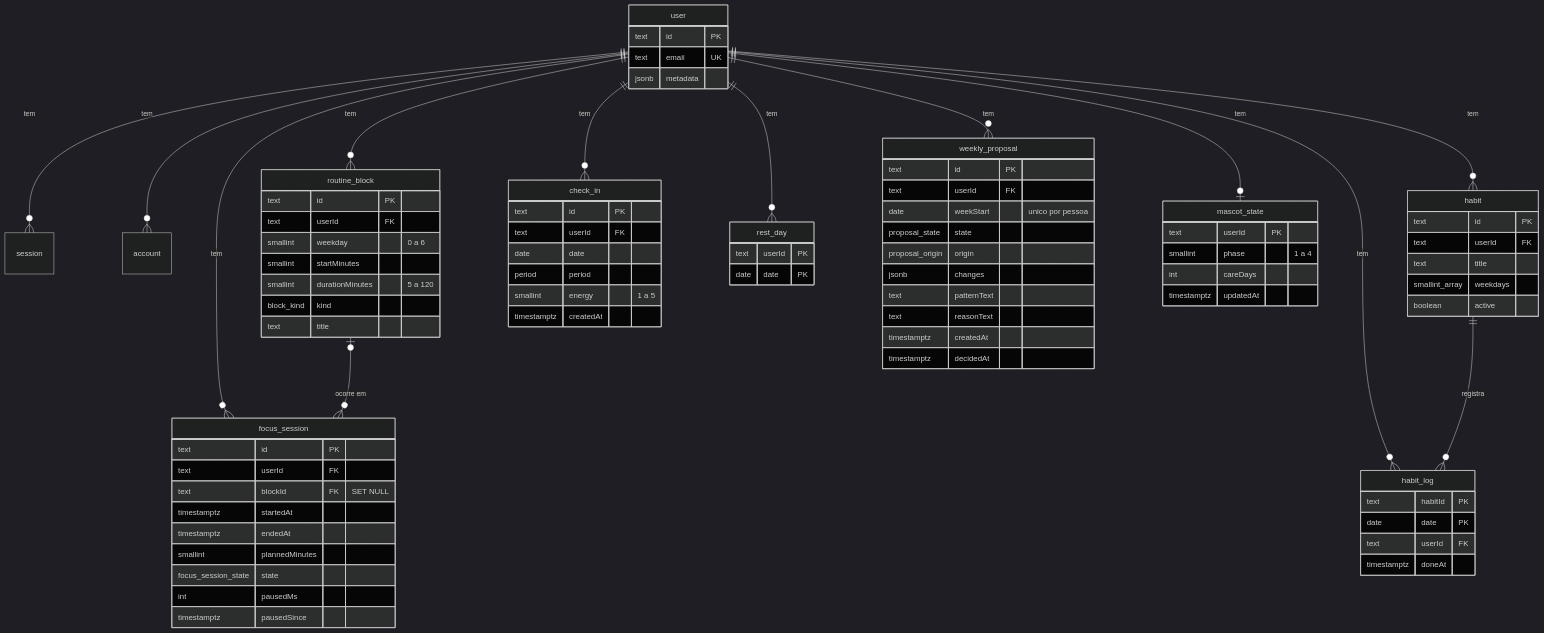
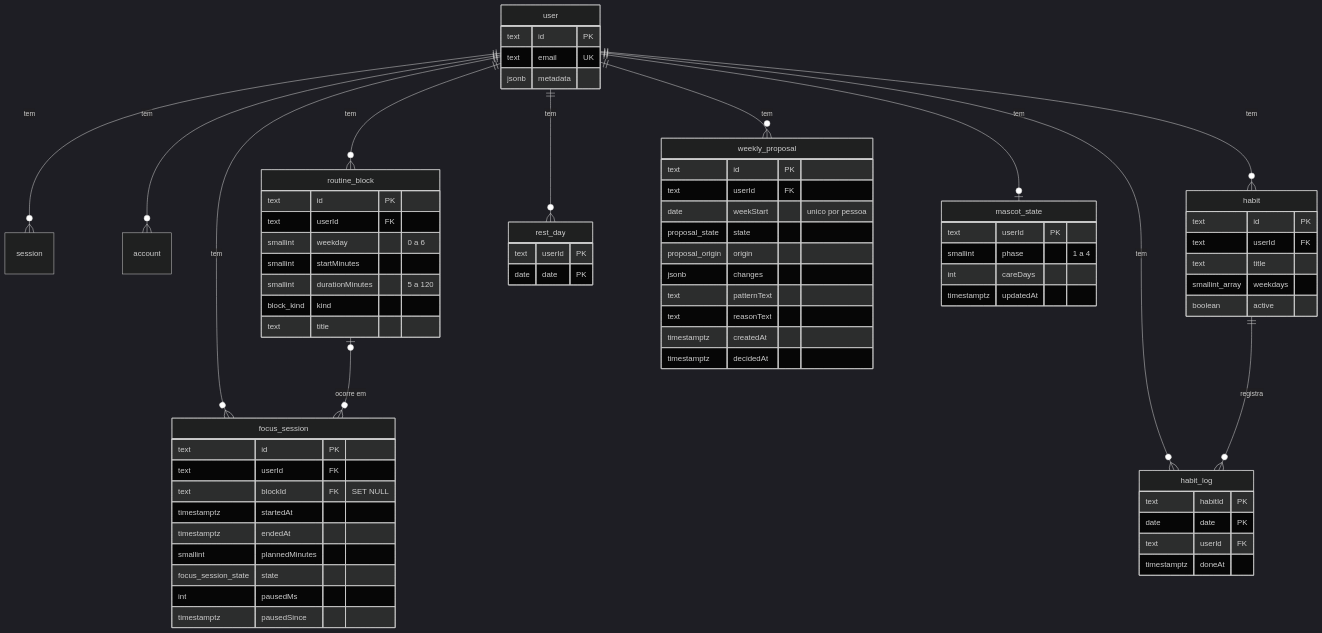
Before and after one commit to albuquerquesz/pulo: the diagram in docs/banco-de-dados.md, drawn with Mermaid (dark theme). The commit also changed other lines of this file and 14 other files, not shown here.

```diff
--- a/docs/banco-de-dados.md
+++ b/docs/banco-de-dados.md
@@ -13,7 +13,6 @@
   user ||--o{ habit : tem
   user ||--o{ habit_log : tem
   user ||--o{ focus_session : tem
-  user ||--o{ check_in : tem
   user ||--o{ rest_day : tem
   user ||--o{ weekly_proposal : tem
   user ||--o| mascot_state : tem
@@ -58,14 +57,6 @@
     int pausedMs
     timestamptz pausedSince
   }
-  check_in {
-    text id PK
-    text userId FK
-    date date
-    period period
-    smallint energy "1 a 5"
-    timestamptz createdAt
-  }
   rest_day {
     text userId PK
     date date PK
```
